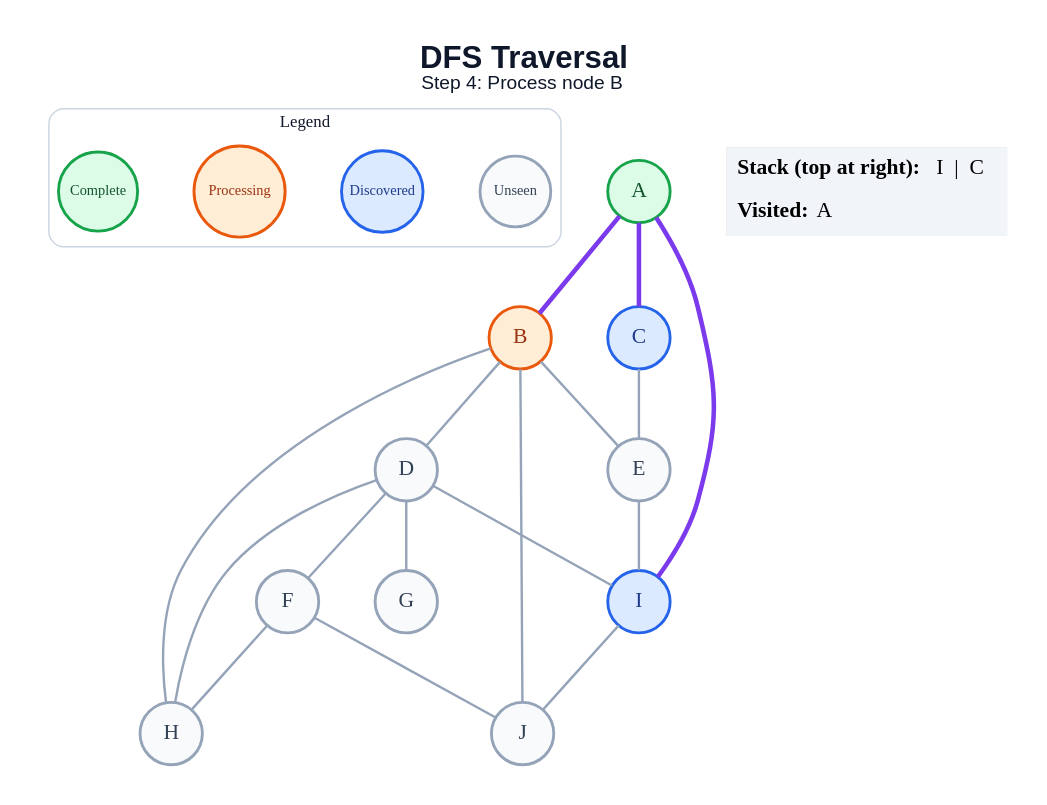
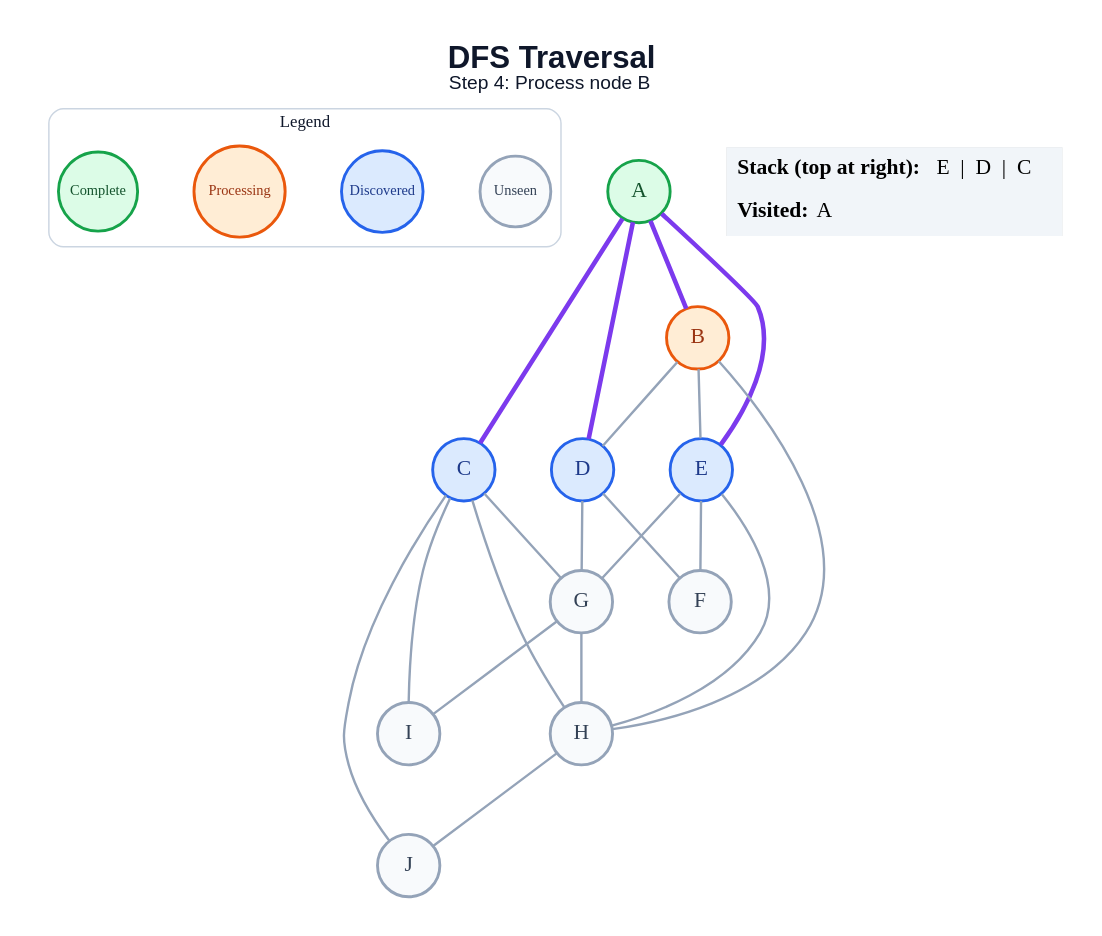
The diagram in generated/dfs/step_04.dot (amanghodawala9/ai-slop), drawn with Graphviz before and after one commit. The commit also changed 178 other files, not shown here.

```diff
--- a/generated/dfs/step_04.dot
+++ b/generated/dfs/step_04.dot
@@ -1,45 +1,48 @@
 graph traversal {
   graph [layout=dot, rankdir=TB, bgcolor="#FFFFFF", pad="0.35", nodesep="0.65", ranksep="0.8", fontname="Arial"];
   node [shape=circle, style="filled", fontname="Arial Bold", fontsize=18, width=0.72, fixedsize=true, penwidth=2.4];
   edge [color="#94A3B8", penwidth=2.0];
   label=<<B>DFS Traversal</B><BR/><FONT POINT-SIZE="16">Step 4: Process node B</FONT>>; labelloc="t"; fontsize=26; fontname="Arial"; fontcolor="#0F172A";
   subgraph cluster_legend { label="Legend"; color="#CBD5E1"; penwidth=1.2; style="rounded"; fontsize=14; fontname="Arial Bold";
     key_unseen [label="Unseen", fillcolor="#F8FAFC", color="#94A3B8", fontcolor="#334155", fontsize=12, width=0.82];
     key_frontier [label="Discovered", fillcolor="#DBEAFE", color="#2563EB", fontcolor="#1E3A8A", fontsize=12, width=0.95];
     key_current [label="Processing", fillcolor="#FFEDD5", color="#EA580C", fontcolor="#9A3412", fontsize=12, width=1.05];
     key_done [label="Complete", fillcolor="#DCFCE7", color="#16A34A", fontcolor="#14532D", fontsize=12, width=0.92];
     { rank=same; key_unseen; key_frontier; key_current; key_done; }
   }
   A [fillcolor="#DCFCE7", color="#16A34A", fontcolor="#14532D"];
   B [fillcolor="#FFEDD5", color="#EA580C", fontcolor="#9A3412"];
   C [fillcolor="#DBEAFE", color="#2563EB", fontcolor="#1E3A8A"];
-  D [fillcolor="#F8FAFC", color="#94A3B8", fontcolor="#334155"];
-  E [fillcolor="#F8FAFC", color="#94A3B8", fontcolor="#334155"];
+  D [fillcolor="#DBEAFE", color="#2563EB", fontcolor="#1E3A8A"];
+  E [fillcolor="#DBEAFE", color="#2563EB", fontcolor="#1E3A8A"];
   F [fillcolor="#F8FAFC", color="#94A3B8", fontcolor="#334155"];
   G [fillcolor="#F8FAFC", color="#94A3B8", fontcolor="#334155"];
   H [fillcolor="#F8FAFC", color="#94A3B8", fontcolor="#334155"];
-  I [fillcolor="#DBEAFE", color="#2563EB", fontcolor="#1E3A8A"];
+  I [fillcolor="#F8FAFC", color="#94A3B8", fontcolor="#334155"];
   J [fillcolor="#F8FAFC", color="#94A3B8", fontcolor="#334155"];
   A -- B [color="#7C3AED", penwidth=3.8];
   A -- C [color="#7C3AED", penwidth=3.8];
-  A -- I [color="#7C3AED", penwidth=3.8];
+  A -- D [color="#7C3AED", penwidth=3.8];
+  A -- E [color="#7C3AED", penwidth=3.8];
   B -- D;
   B -- E;
   B -- H;
-  B -- J;
-  C -- E;
+  C -- G;
+  C -- H;
+  C -- I;
+  C -- J;
   D -- F;
   D -- G;
-  D -- H;
-  D -- I;
-  E -- I;
-  F -- H;
-  F -- J;
-  I -- J;
+  E -- F;
+  E -- G;
+  E -- H;
+  G -- H;
+  G -- I;
+  H -- J;
   status [shape=plain, fixedsize=false, width=0, height=0, margin=0, label=<
     <TABLE BORDER="0" CELLBORDER="0" CELLPADDING="7" BGCOLOR="#F1F5F9">
-      <TR><TD ALIGN="LEFT"><B>Stack (top at right):</B> I  |  C</TD></TR>
+      <TR><TD ALIGN="LEFT"><B>Stack (top at right):</B> E  |  D  |  C</TD></TR>
       <TR><TD ALIGN="LEFT"><B>Visited:</B> A</TD></TR>
     </TABLE>
   >];
 }
```
